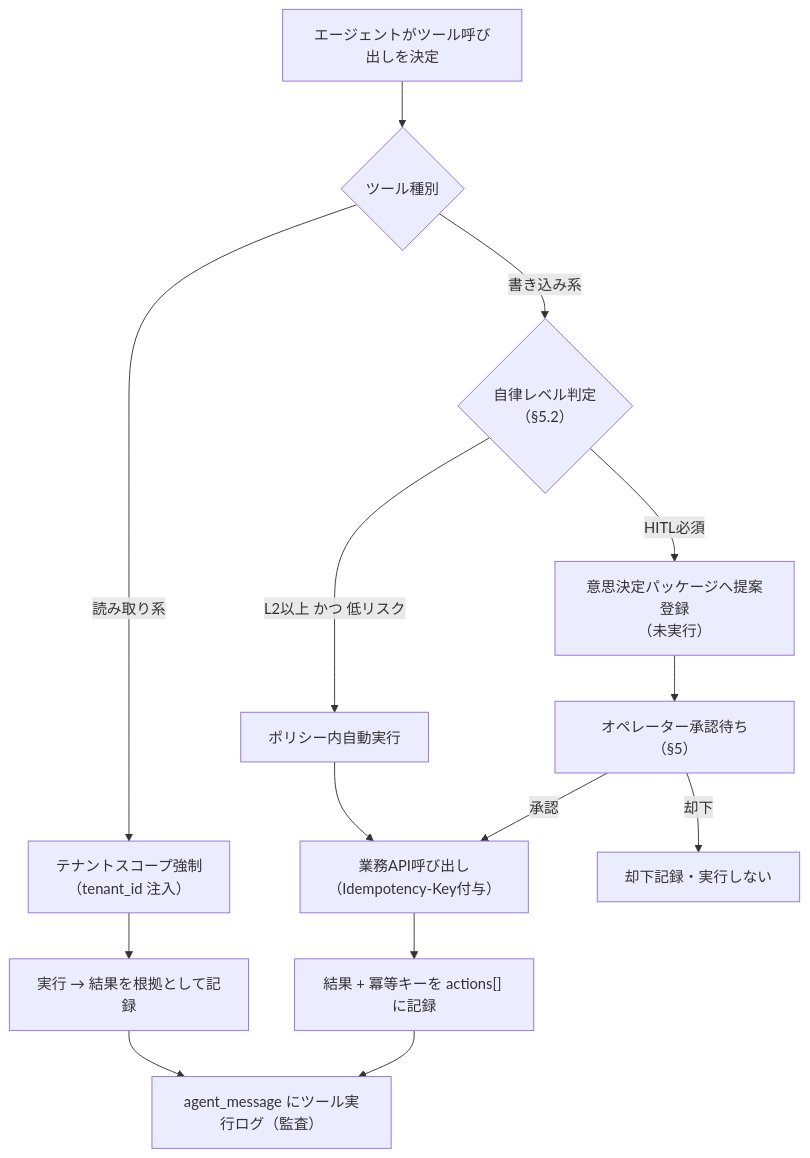
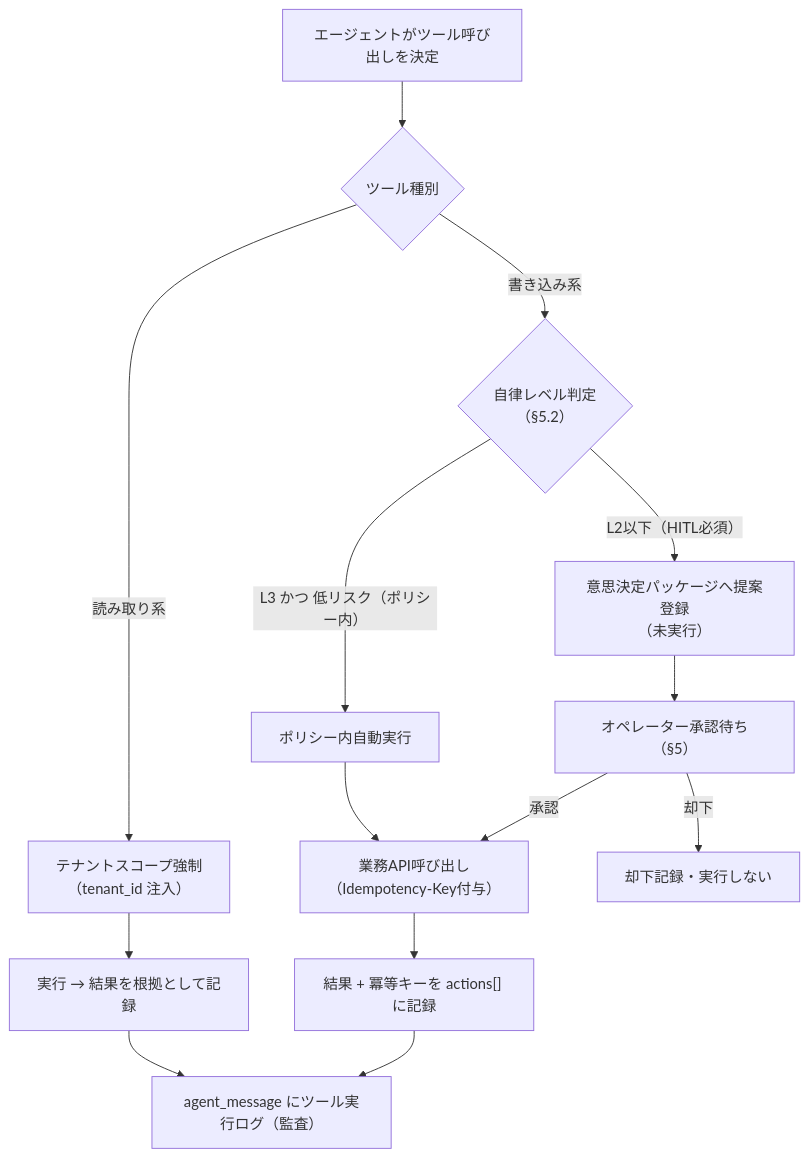
One commit to TSUNAGUBA/akebono-honshu changed the fifth of 8 diagrams in docs/platform-design/basic-design/08-service-decision-support-ai.md. Above: the diagram before and after it, drawn with Mermaid. The commit also changed other lines of this file and 30 other files, not shown here.

````diff
--- a/docs/platform-design/basic-design/08-service-decision-support-ai.md
+++ b/docs/platform-design/basic-design/08-service-decision-support-ai.md
@@ -268,16 +268,16 @@
 ```mermaid
 flowchart TD
     A["エージェントがツール呼び出しを決定"] --> B{"ツール種別"}
     B -->|"読み取り系"| C["テナントスコープ強制<br/>（tenant_id 注入）"]
     B -->|"書き込み系"| D{"自律レベル判定<br/>（§5.2）"}
     C --> E["実行 → 結果を根拠として記録"]
-    D -->|"L2以上 かつ 低リスク"| F["ポリシー内自動実行"]
-    D -->|"HITL必須"| G["意思決定パッケージへ提案登録<br/>（未実行）"]
+    D -->|"L3 かつ 低リスク（ポリシー内）"| F["ポリシー内自動実行"]
+    D -->|"L2以下（HITL必須）"| G["意思決定パッケージへ提案登録<br/>（未実行）"]
     G --> H["オペレーター承認待ち（§5）"]
     H -->|"承認"| I["業務API呼び出し<br/>（Idempotency-Key付与）"]
     H -->|"却下"| J["却下記録・実行しない"]
     F --> I
     I --> K["結果 + 冪等キーを actions[] に記録"]
     E --> L["agent_message にツール実行ログ（監査）"]
     K --> L
 ```
````
